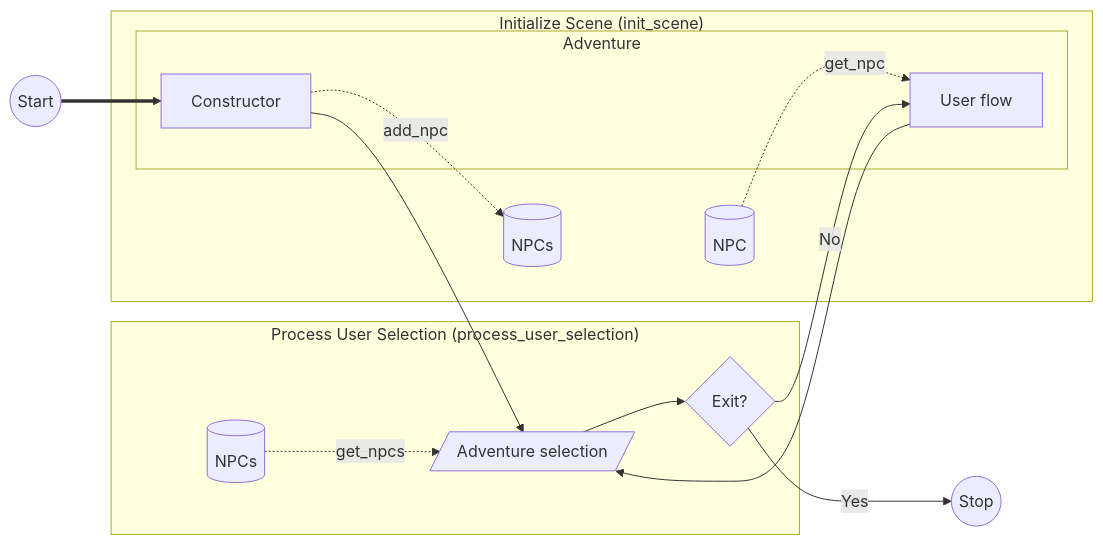
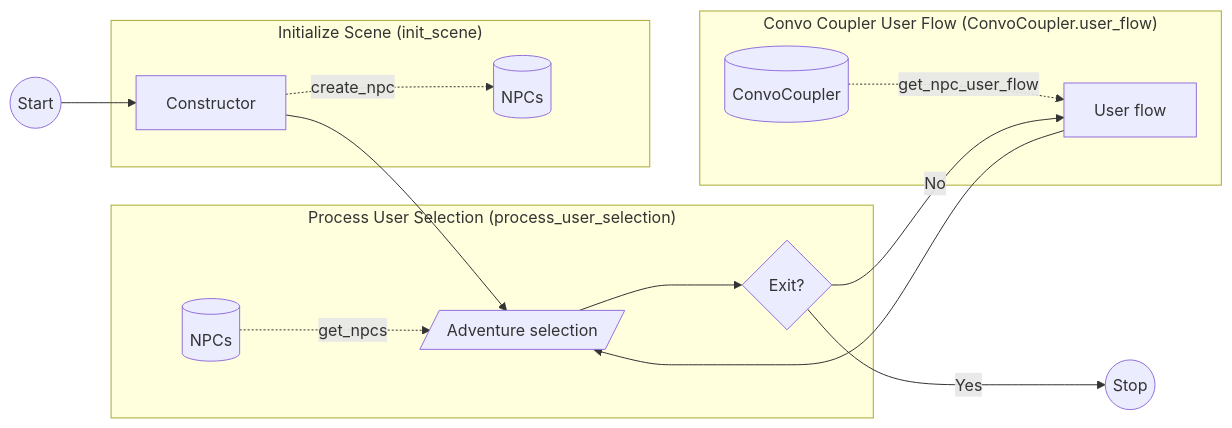
One commit to LioQing/verbose-adventure changed the first of 3 diagrams in README.md. Above: the diagram before and after it, drawn with Mermaid.

Commit message:
Update scene system flow diagram

````diff
--- a/README.md
+++ b/README.md
@@ -11,31 +11,33 @@
 ```mermaid
 flowchart LR
     start((Start))
     stop((Stop))
 
     subgraph "Process User Selection (process_user_selection)"
         adventuresDB1[(NPCs)]
         selection[/Adventure selection/]
         exitQ{Exit?}
     end
 
     subgraph "Initialize Scene (init_scene)"
-        subgraph "Adventure"
-            userflow[User flow]
-            construct[Constructor]
-        end
-    adventuresDB[(NPCs)]
-    adventureDB[(NPC)]
+        construct[Constructor]
+        adventuresDB[(NPCs)]
     end
 
-    start ==> construct
-    construct -.add_npc.-> adventuresDB
+    subgraph "Convo Coupler User Flow (ConvoCoupler.user_flow)"
+        userflow[User flow]
+        adventureDB[(ConvoCoupler)]
+    end
+
+    start --> construct
+    construct -.create_npc.-> adventuresDB
+
+    userflow --> selection
+    adventureDB -.get_npc_user_flow.-> userflow
+
+    construct --> selection
     adventuresDB1 -.get_npcs.-> selection
-    construct --> selection
     selection --> exitQ
-
     exitQ -- Yes --> stop
-    adventureDB -.get_npc.-> userflow
     exitQ -- No --> userflow
-    userflow --> selection
 ```
````
